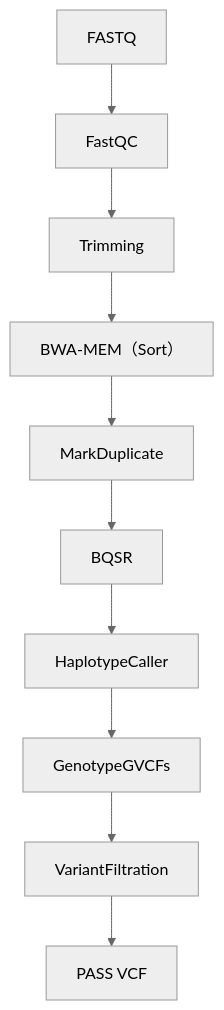
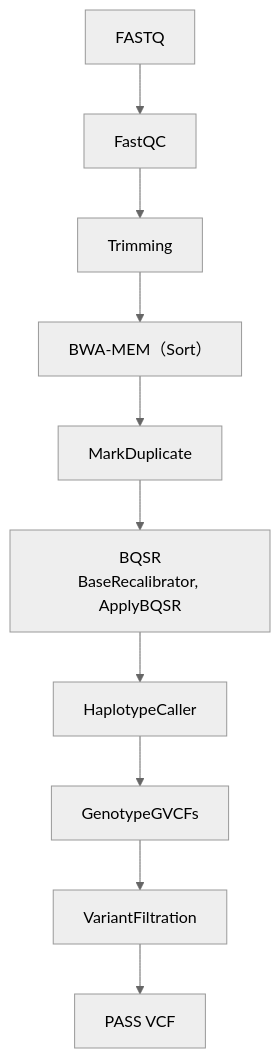
The diagram in README.md (MultiOmicsDICP/ShortWGS), drawn with Mermaid (neutral theme) before and after one commit.

````diff
--- a/README.md
+++ b/README.md
@@ -23,12 +23,12 @@
 ```mermaid
 graph TD
 A[FASTQ] --> B[FastQC]
 B --> C[Trimming]
 C --> D[BWA-MEM（Sort）]
 D --> E[MarkDuplicate]
-E --> F[BQSR]
+E --> F[BQSR<br>BaseRecalibrator, ApplyBQSR]
 F --> G[HaplotypeCaller]
 G --> H[GenotypeGVCFs]
 H --> I[VariantFiltration]
 I --> J[PASS VCF]
 ```
````
